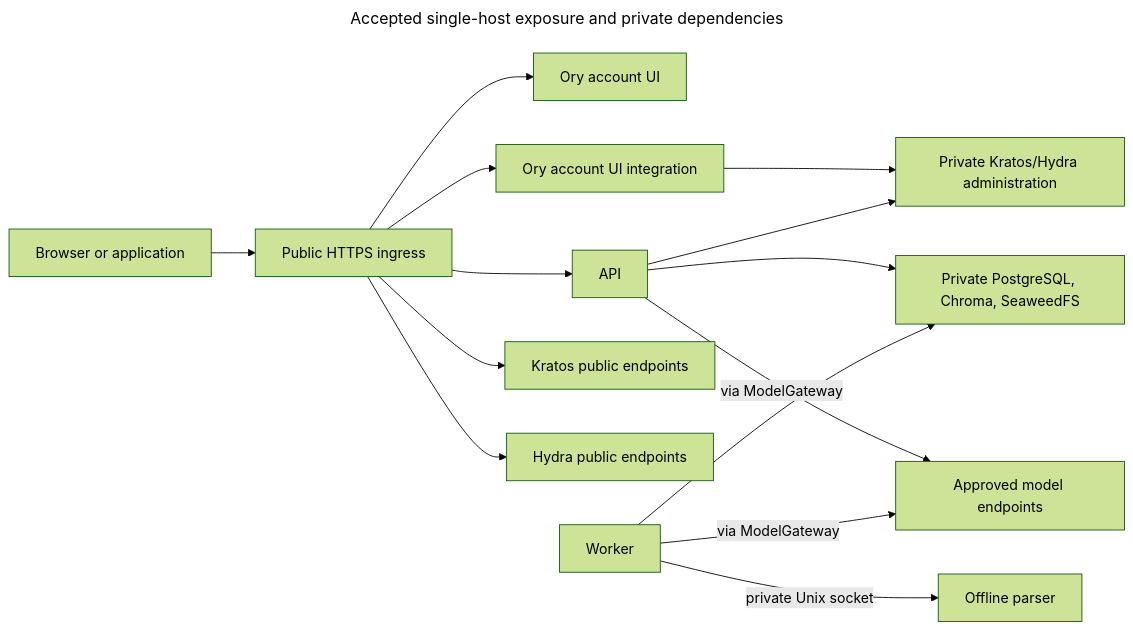
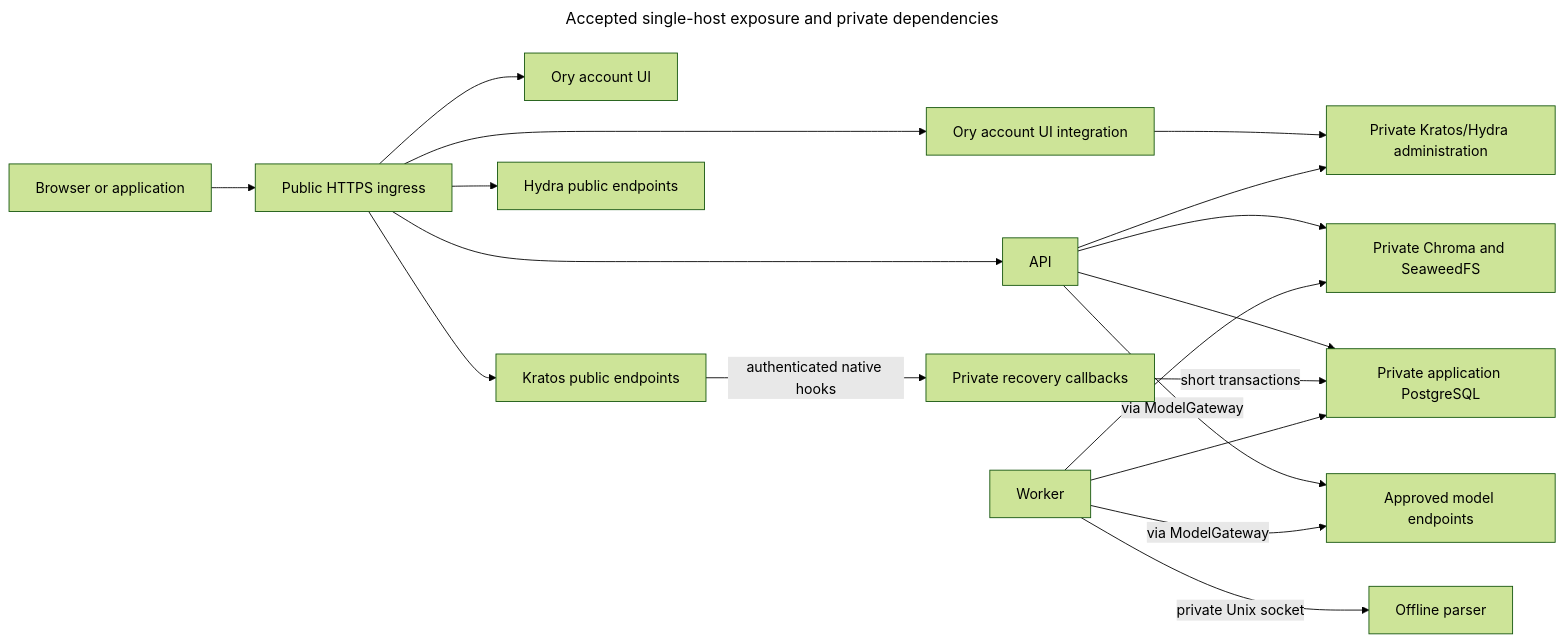
Before and after one commit to matejpalenik/inframeld: the diagram in .agents/skills/inframeld-architecture/references/runtime-deployment-and-storage.md, drawn with Mermaid (forest theme). The commit also changed other lines of this file and 90 other files, not shown here.

Commit message:
feat(access): record trusted Kratos recovery notifications

````diff
--- a/.agents/skills/inframeld-architecture/references/runtime-deployment-and-storage.md
+++ b/.agents/skills/inframeld-architecture/references/runtime-deployment-and-storage.md
@@ -87,19 +88,23 @@
 ```mermaid
 ---
 title: "Accepted single-host exposure and private dependencies"
 ---
 flowchart LR
     Browser[Browser or application] --> HTTPS[Public HTTPS ingress]
     HTTPS --> Web[Ory account UI]
     HTTPS --> AccountUI[Ory account UI integration]
     HTTPS --> API[API]
     HTTPS --> Kratos[Kratos public endpoints]
     HTTPS --> Hydra[Hydra public endpoints]
     AccountUI --> IdentityAdmin[Private Kratos/Hydra administration]
     API --> IdentityAdmin
-    API --> Stores[Private PostgreSQL, Chroma, SeaweedFS]
+    API --> Stores[Private Chroma and SeaweedFS]
+    API --> AppDB[Private application PostgreSQL]
+    Kratos -->|authenticated native hooks| Callbacks[Private recovery callbacks]
+    Callbacks -->|short transactions| AppDB
     Worker[Worker] --> Stores
+    Worker --> AppDB
     Worker -->|private Unix socket| Parser[Offline parser]
     API -->|via ModelGateway| Models[Approved model endpoints]
     Worker -->|via ModelGateway| Models
 ```
````
